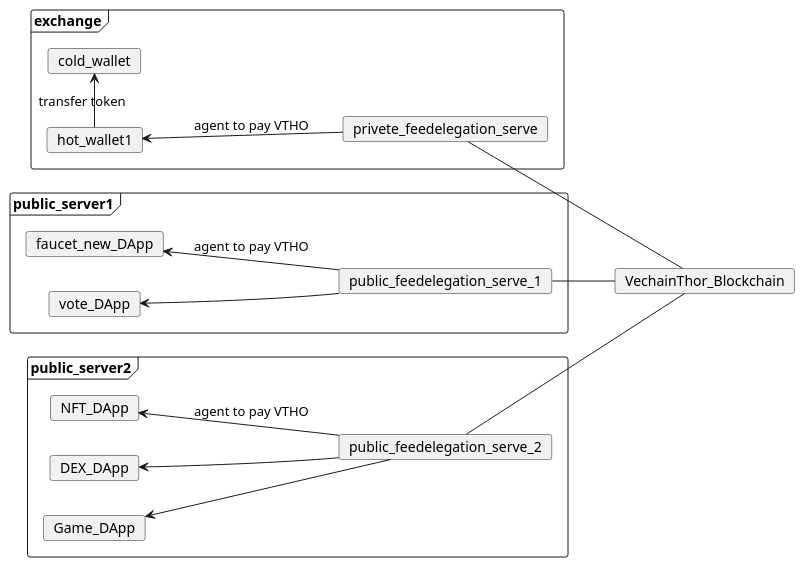
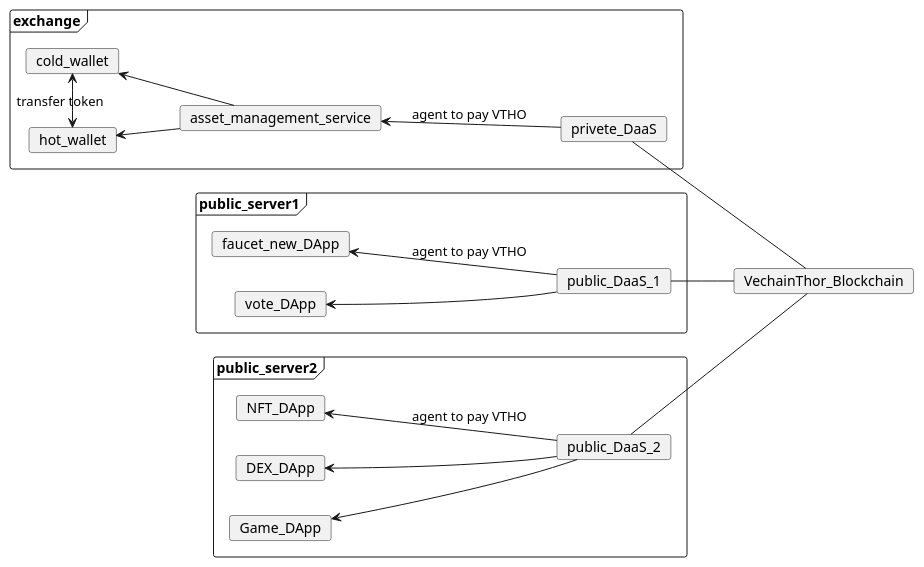
Before and after one commit to mongelly/stormbreaker-feedelegation-serve: the diagram in docs/vision.wsd, drawn with PlantUML. The commit also changed 2 other files, not shown here.

```diff
--- a/docs/vision.wsd
+++ b/docs/vision.wsd
@@ -1,37 +1,41 @@
 @startuml
 left to right direction
 frame exchange{
 card cold_wallet
-card hot_wallet1
-card privete_feedelegation_serve
+card hot_wallet
+card asset_management_service
+card privete_DaaS
 }
 
 frame public_server1{
     card faucet_new_DApp
     card vote_DApp
-    card public_feedelegation_serve_1
+    card public_DaaS_1
 }
 
 frame public_server2{
     card NFT_DApp
     card DEX_DApp
     card Game_DApp
-    card public_feedelegation_serve_2
+    card public_DaaS_2
 }
 
 card VechainThor_Blockchain as chain
 
-hot_wallet1 -> cold_wallet:transfer token
-hot_wallet1 <-- privete_feedelegation_serve:agent to pay VTHO
-faucet_new_DApp <-- public_feedelegation_serve_1:agent to pay VTHO
-vote_DApp <-- public_feedelegation_serve_1
+hot_wallet <-> cold_wallet:transfer token
+hot_wallet <-- asset_management_service
+cold_wallet <-- asset_management_service
+asset_management_service <-- privete_DaaS:agent to pay VTHO
 
-NFT_DApp <-- public_feedelegation_serve_2:agent to pay VTHO
-DEX_DApp <-- public_feedelegation_serve_2
-Game_DApp <-- public_feedelegation_serve_2
+faucet_new_DApp <-- public_DaaS_1:agent to pay VTHO
+vote_DApp <-- public_DaaS_1
+
+NFT_DApp <-- public_DaaS_2:agent to pay VTHO
+DEX_DApp <-- public_DaaS_2
+Game_DApp <-- public_DaaS_2
 
 
-privete_feedelegation_serve -- chain
-public_feedelegation_serve_1 -- chain
-public_feedelegation_serve_2 -- chain
+privete_DaaS -- chain
+public_DaaS_1 -- chain
+public_DaaS_2 -- chain
 @enduml
```
